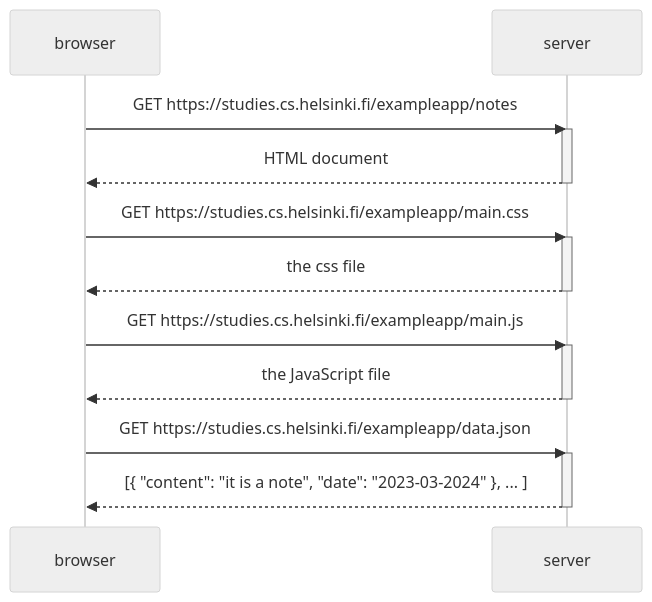
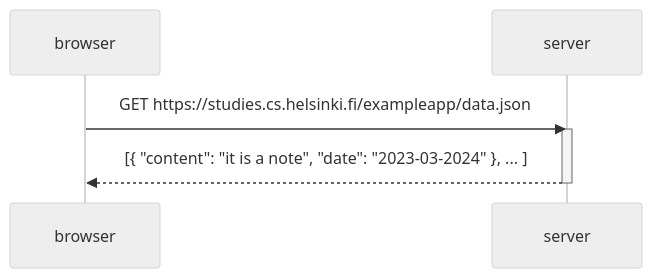
Before and after one commit to aaravkuxar/nodejs: the diagram in part0/0.4_New_Note_Diagram.md, drawn with Mermaid (neutral theme). The commit also changed 1 other file, not shown here.

Commit message:
0.4_New_Note_Diagram

````diff
--- a/part0/0.4_New_Note_Diagram.md
+++ b/part0/0.4_New_Note_Diagram.md
@@ -1,25 +1,10 @@
 ```mermaid
 sequenceDiagram
     participant browser
     participant server
-
-    browser->>server: GET https://studies.cs.helsinki.fi/exampleapp/notes
-    activate server
-    server-->>browser: HTML document
-    deactivate server
-
-    browser->>server: GET https://studies.cs.helsinki.fi/exampleapp/main.css
-    activate server
-    server-->>browser: the css file
-    deactivate server
-
-    browser->>server: GET https://studies.cs.helsinki.fi/exampleapp/main.js
-    activate server
-    server-->>browser: the JavaScript file
-    deactivate server
 
     browser->>server: GET https://studies.cs.helsinki.fi/exampleapp/data.json
     activate server
     server-->>browser: [{ "content": "it is a note", "date": "2023-03-2024" }, ... ]
     deactivate server
 ```
````
